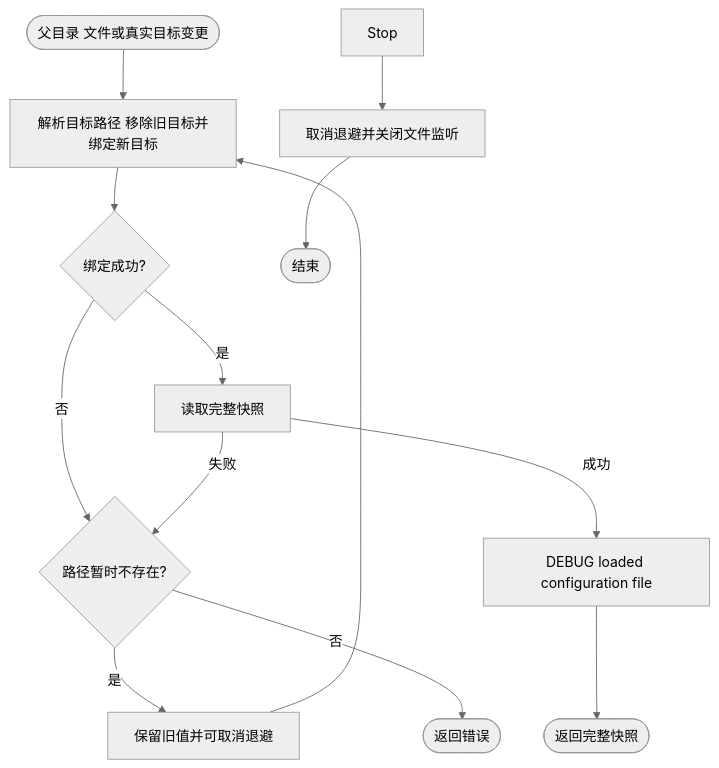
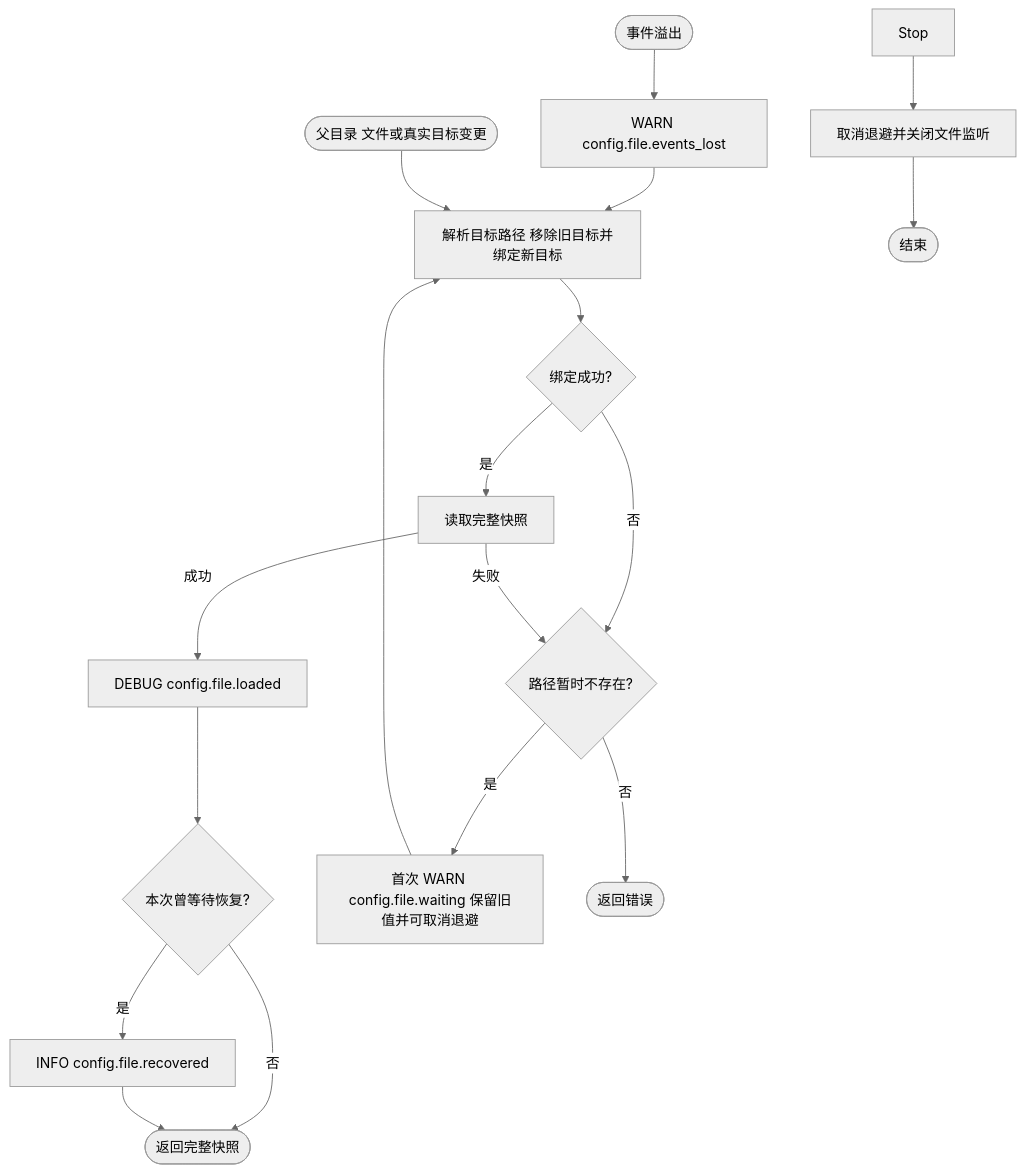
One commit to jaggerzhuang1994/kratos-foundation changed the first of 2 diagrams in contrib/config/file/README.md. Above: the diagram before and after it, drawn with Mermaid (neutral theme). The commit also changed other lines of this file and 204 other files, not shown here.

````diff
--- a/contrib/config/file/README.md
+++ b/contrib/config/file/README.md
@@ -46,15 +46,20 @@
 ```mermaid
 flowchart TD
+    OV([事件溢出]) --> OW[WARN config.file.events_lost]
+    OW --> T
     A([父目录 文件或真实目标变更]) --> T[解析目标路径 移除旧目标并绑定新目标]
     T --> C{绑定成功?}
     C -- 是 --> B[读取完整快照]
     C -- 否 --> E{路径暂时不存在?}
     B -->|失败| E
-    B -->|成功| DL[DEBUG loaded configuration file]
-    DL --> H([返回完整快照])
-    E -- 是 --> D[保留旧值并可取消退避]
+    B -->|成功| DL[DEBUG config.file.loaded]
+    DL --> R{本次曾等待恢复?}
+    R -- 是 --> RL[INFO config.file.recovered]
+    R -- 否 --> H([返回完整快照])
+    RL --> H
+    E -- 是 --> D[首次 WARN config.file.waiting 保留旧值并可取消退避]
     D --> T
     E -- 否 --> I([返回错误])
     F[Stop] --> G[取消退避并关闭文件监听]
     G --> J([结束])
 ```
````
